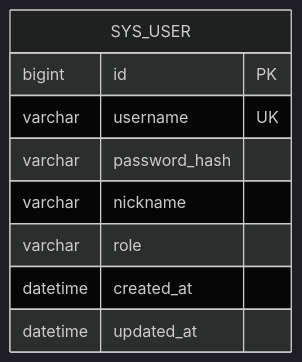
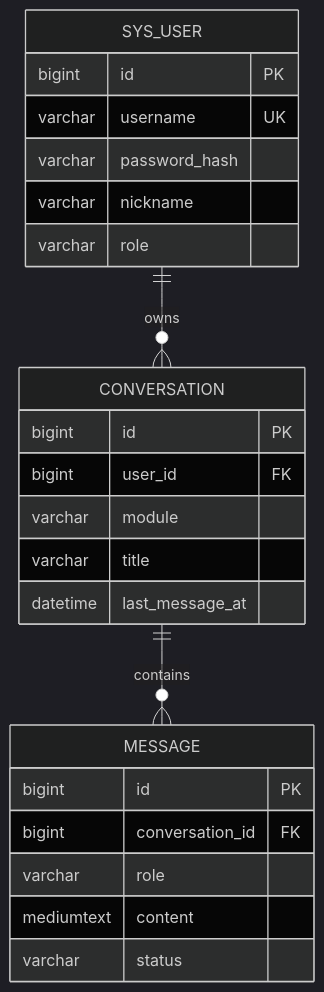
Before and after one commit to tutuchacha/AI_app: the diagram in docs/modules/database.md, drawn with Mermaid (dark theme). The commit also changed other lines of this file and 4 other files, not shown here.

````diff
--- a/docs/modules/database.md
+++ b/docs/modules/database.md
@@ -17,12 +18,26 @@
 ```mermaid
 erDiagram
+    SYS_USER ||--o{ CONVERSATION : owns
+    CONVERSATION ||--o{ MESSAGE : contains
     SYS_USER {
         bigint id PK
         varchar username UK
         varchar password_hash
         varchar nickname
         varchar role
-        datetime created_at
-        datetime updated_at
+    }
+    CONVERSATION {
+        bigint id PK
+        bigint user_id FK
+        varchar module
+        varchar title
+        datetime last_message_at
+    }
+    MESSAGE {
+        bigint id PK
+        bigint conversation_id FK
+        varchar role
+        mediumtext content
+        varchar status
     }
 ```
````
